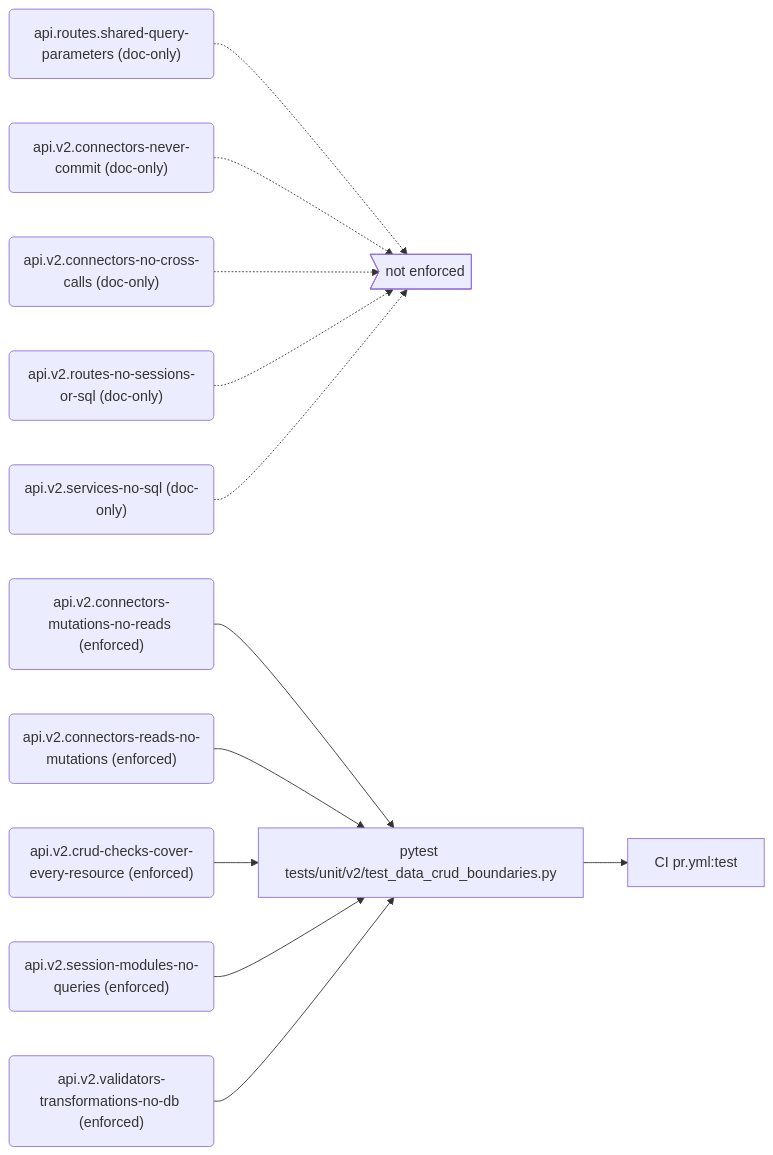
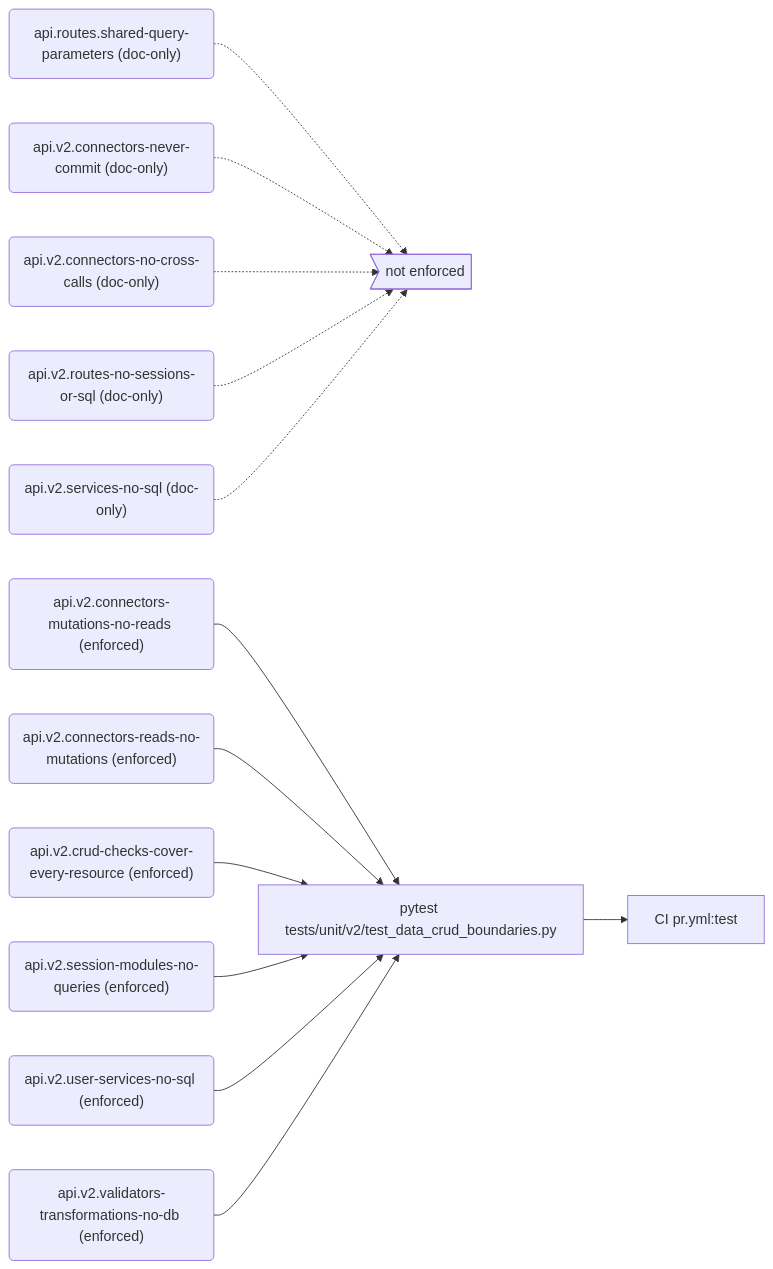
One commit to PolicyEngine/policyengine-api changed the first of 9 diagrams in docs/generated/rules.md. Above: the diagram before and after it, drawn with Mermaid. The commit also changed other lines of this file and 5 other files, not shown here.

````diff
--- a/docs/generated/rules.md
+++ b/docs/generated/rules.md
@@ -90,27 +91,29 @@
 ```mermaid
 flowchart LR
   r_api_routes_shared_query_parameters("api.routes.shared-query-parameters (doc-only)")
   gap_unenforced>"not enforced"]
   r_api_v2_connectors_mutations_no_reads("api.v2.connectors-mutations-no-reads (enforced)")
   e_pytest_tests_unit_v2_test_data_crud_boundaries_py["pytest tests/unit/v2/test_data_crud_boundaries.py"]
   j_CI_pr_yml_test["CI pr.yml:test"]
   r_api_v2_connectors_never_commit("api.v2.connectors-never-commit (doc-only)")
   r_api_v2_connectors_no_cross_calls("api.v2.connectors-no-cross-calls (doc-only)")
   r_api_v2_connectors_reads_no_mutations("api.v2.connectors-reads-no-mutations (enforced)")
   r_api_v2_crud_checks_cover_every_resource("api.v2.crud-checks-cover-every-resource (enforced)")
   r_api_v2_routes_no_sessions_or_sql("api.v2.routes-no-sessions-or-sql (doc-only)")
   r_api_v2_services_no_sql("api.v2.services-no-sql (doc-only)")
   r_api_v2_session_modules_no_queries("api.v2.session-modules-no-queries (enforced)")
+  r_api_v2_user_services_no_sql("api.v2.user-services-no-sql (enforced)")
   r_api_v2_validators_transformations_no_db("api.v2.validators-transformations-no-db (enforced)")
   r_api_routes_shared_query_parameters -.-> gap_unenforced
   r_api_v2_connectors_mutations_no_reads --> e_pytest_tests_unit_v2_test_data_crud_boundaries_py
   e_pytest_tests_unit_v2_test_data_crud_boundaries_py --> j_CI_pr_yml_test
   r_api_v2_connectors_never_commit -.-> gap_unenforced
   r_api_v2_connectors_no_cross_calls -.-> gap_unenforced
   r_api_v2_connectors_reads_no_mutations --> e_pytest_tests_unit_v2_test_data_crud_boundaries_py
   r_api_v2_crud_checks_cover_every_resource --> e_pytest_tests_unit_v2_test_data_crud_boundaries_py
   r_api_v2_routes_no_sessions_or_sql -.-> gap_unenforced
   r_api_v2_services_no_sql -.-> gap_unenforced
   r_api_v2_session_modules_no_queries --> e_pytest_tests_unit_v2_test_data_crud_boundaries_py
+  r_api_v2_user_services_no_sql --> e_pytest_tests_unit_v2_test_data_crud_boundaries_py
   r_api_v2_validators_transformations_no_db --> e_pytest_tests_unit_v2_test_data_crud_boundaries_py
 ```
````
